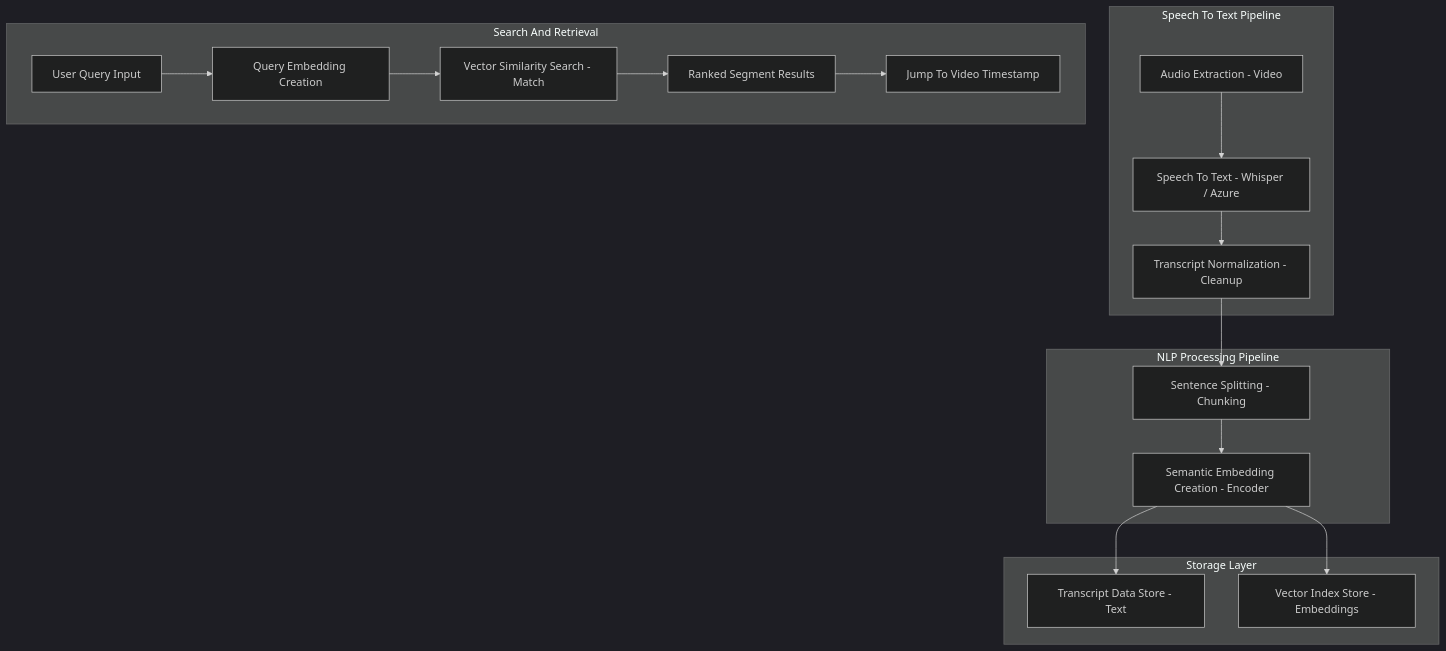
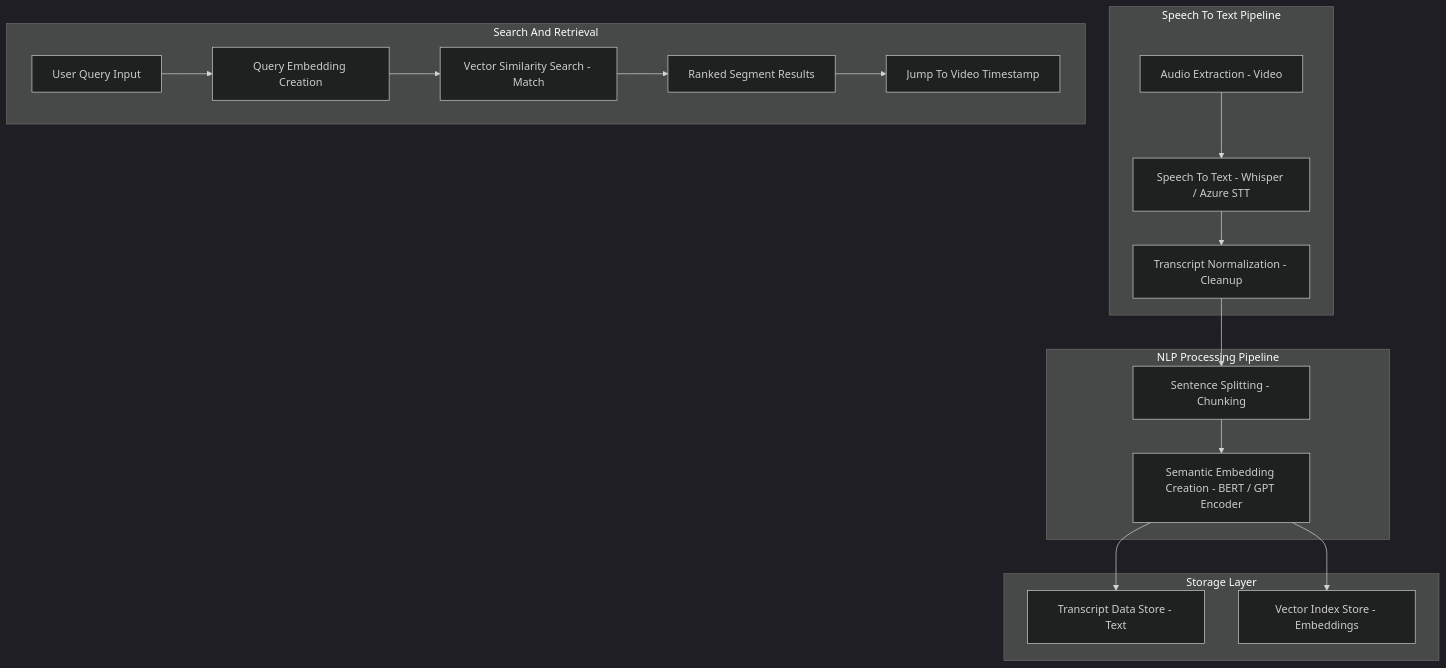
The diagram in diagrams/aegis-architecture.md (kishoredb/kishoredb-research), drawn with Mermaid (dark theme) before and after one commit.

````diff
--- a/diagrams/aegis-architecture.md
+++ b/diagrams/aegis-architecture.md
@@ -1,37 +1,37 @@
 ```mermaid
 flowchart TD
 
     %% AEGIS Speech to Text
     subgraph STT [Speech To Text Pipeline]
         A1[Audio Extraction - Video]
-        A2[Speech To Text - Whisper / Azure]
+        A2[Speech To Text - Whisper / Azure STT]
         A3[Transcript Normalization - Cleanup]
     end
 
     %% AEGIS NLP
     subgraph NLP [NLP Processing Pipeline]
         A4[Sentence Splitting - Chunking]
-        A5[Semantic Embedding Creation - Encoder]
+        A5[Semantic Embedding Creation - BERT / GPT Encoder]
     end
 
     %% AEGIS Storage
     subgraph STORAGE [Storage Layer]
         A6[Transcript Data Store - Text]
         A7[Vector Index Store - Embeddings]
     end
 
     %% AEGIS Search
     subgraph SEARCH [Search And Retrieval]
         Q1[User Query Input]
         Q2[Query Embedding Creation]
         Q3[Vector Similarity Search - Match]
         Q4[Ranked Segment Results]
         Q5[Jump To Video Timestamp]
     end
 
     A1 --> A2 --> A3 --> A4 --> A5
     A5 --> A6
     A5 --> A7
 
     Q1 --> Q2 --> Q3 --> Q4 --> Q5
 ```
````
